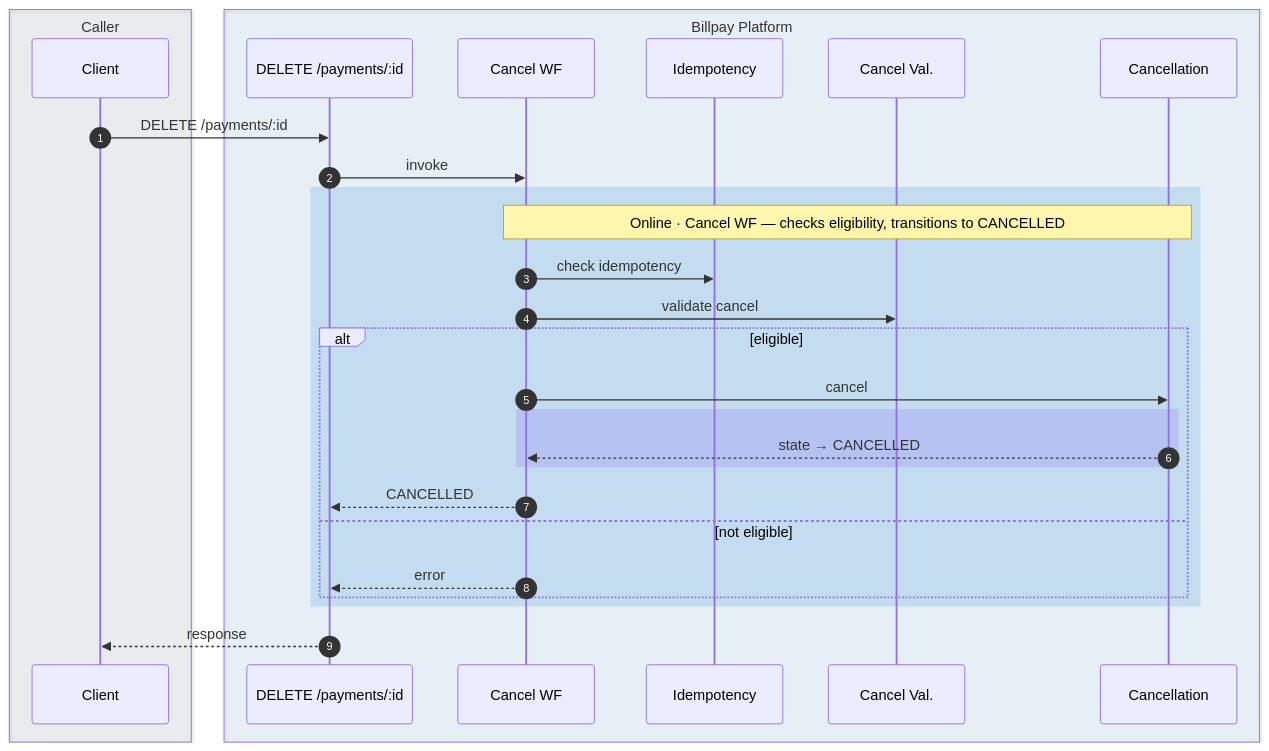
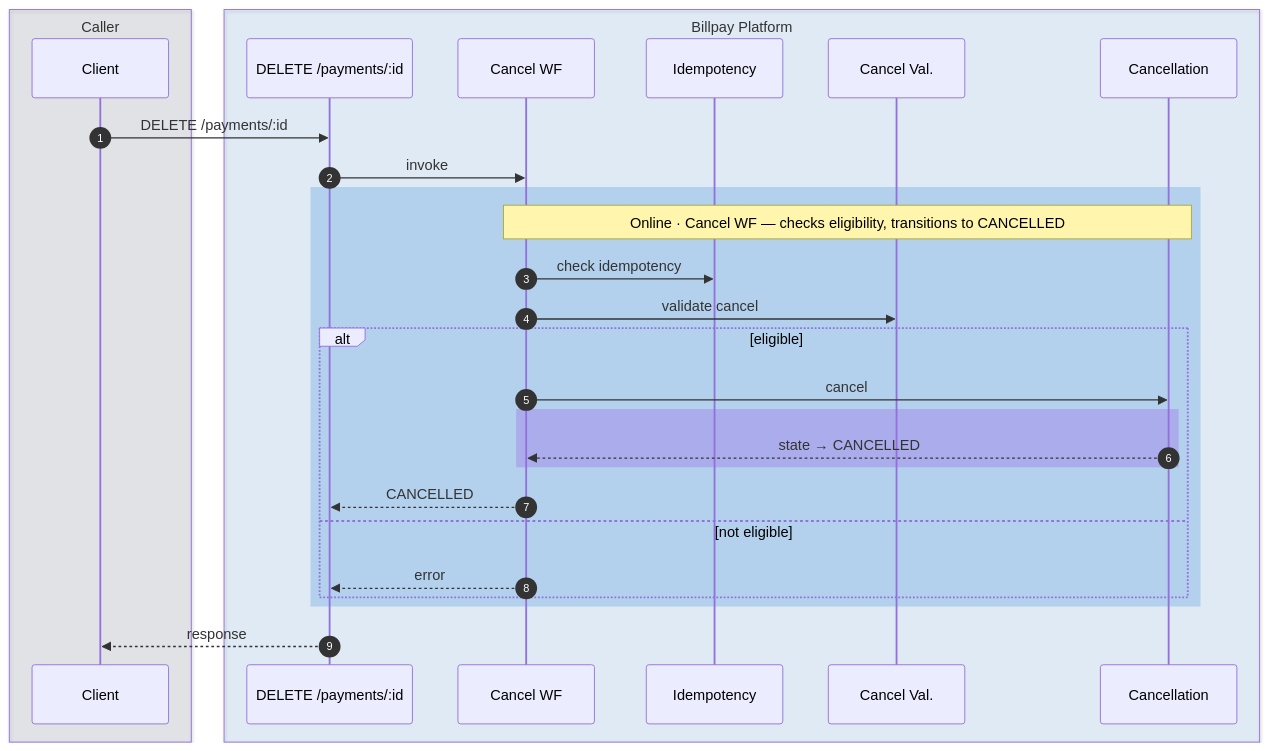
Before and after one commit to arunav-bhattacharya/billpay-book: the sixth of 12 diagrams in website/docs/design/diagrams/sequence-diagram.md, drawn with Mermaid. The commit also changed other lines of this file and 4 other files, not shown here.

First line of the commit message:
Polish: system-map depth ramp + brighter sequence-diagram palette

````diff
--- a/website/docs/design/diagrams/sequence-diagram.md
+++ b/website/docs/design/diagrams/sequence-diagram.md
@@ -465,36 +465,36 @@
 ```mermaid
 sequenceDiagram
   autonumber
 
-  box rgba(100,116,139,0.1) Caller
+  box rgba(120,132,152,0.16) Caller
     participant C as Client
   end
 
-  box rgba(0,111,207,0.08) Billpay Platform
+  box rgba(1,111,208,0.1) Billpay Platform
     participant API as DELETE /payments/:id
     participant CWF as Cancel WF
     participant IDEMP as Idempotency
     participant PCV as Cancel Val.
     participant PCN as Cancellation
   end
 
   C->>API: DELETE /payments/:id
   API->>CWF: invoke
 
-  rect rgba(0,111,207,0.15)
+  rect rgba(1,111,208,0.2)
     Note over CWF,PCN: Online · Cancel WF — checks eligibility, transitions to CANCELLED
     CWF->>IDEMP: check idempotency
     CWF->>PCV: validate cancel
     alt eligible
       CWF->>PCN: cancel
-      rect rgba(124,92,246,0.2)
+      rect rgba(150,75,232,0.28)
         PCN-->>CWF: state → CANCELLED
       end
       CWF-->>API: CANCELLED
     else not eligible
       CWF-->>API: error
     end
   end
 
   API-->>C: response
 ```
````
